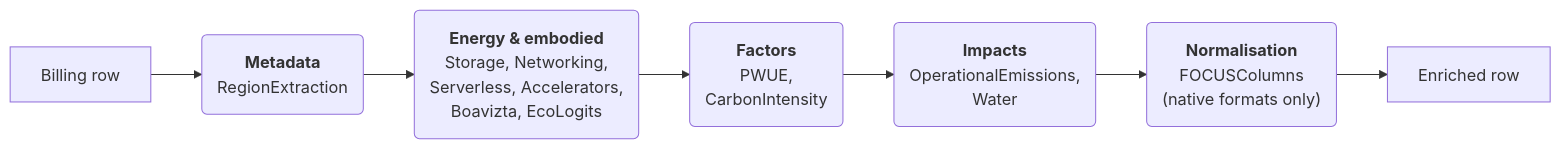
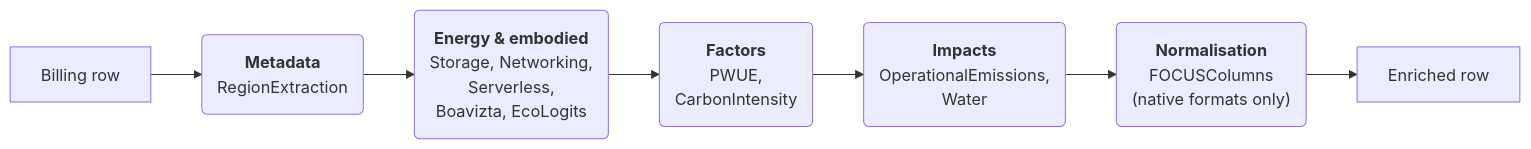
The diagram in docs/src/modules.md (DigitalPebble/spruce), drawn with Mermaid before and after one commit. The commit also changed other lines of this file and 11 other files, not shown here.

````diff
--- a/docs/src/modules.md
+++ b/docs/src/modules.md
@@ -33,9 +33,9 @@
 ```mermaid
 flowchart LR
     A[Billing row] --> B("<b>Metadata</b><br>RegionExtraction")
-    B --> C("<b>Energy &amp; embodied</b><br>Storage, Networking,<br>Serverless, Accelerators,<br>Boavizta, EcoLogits")
+    B --> C("<b>Energy &amp; embodied</b><br>Storage, Networking,<br>Serverless,<br>Boavizta, EcoLogits")
     C --> D("<b>Factors</b><br>PWUE,<br>CarbonIntensity")
     D --> E("<b>Impacts</b><br>OperationalEmissions,<br>Water")
     E --> F("<b>Normalisation</b><br>FOCUSColumns<br>(native formats only)")
     F --> G[Enriched row]
 ```
````
